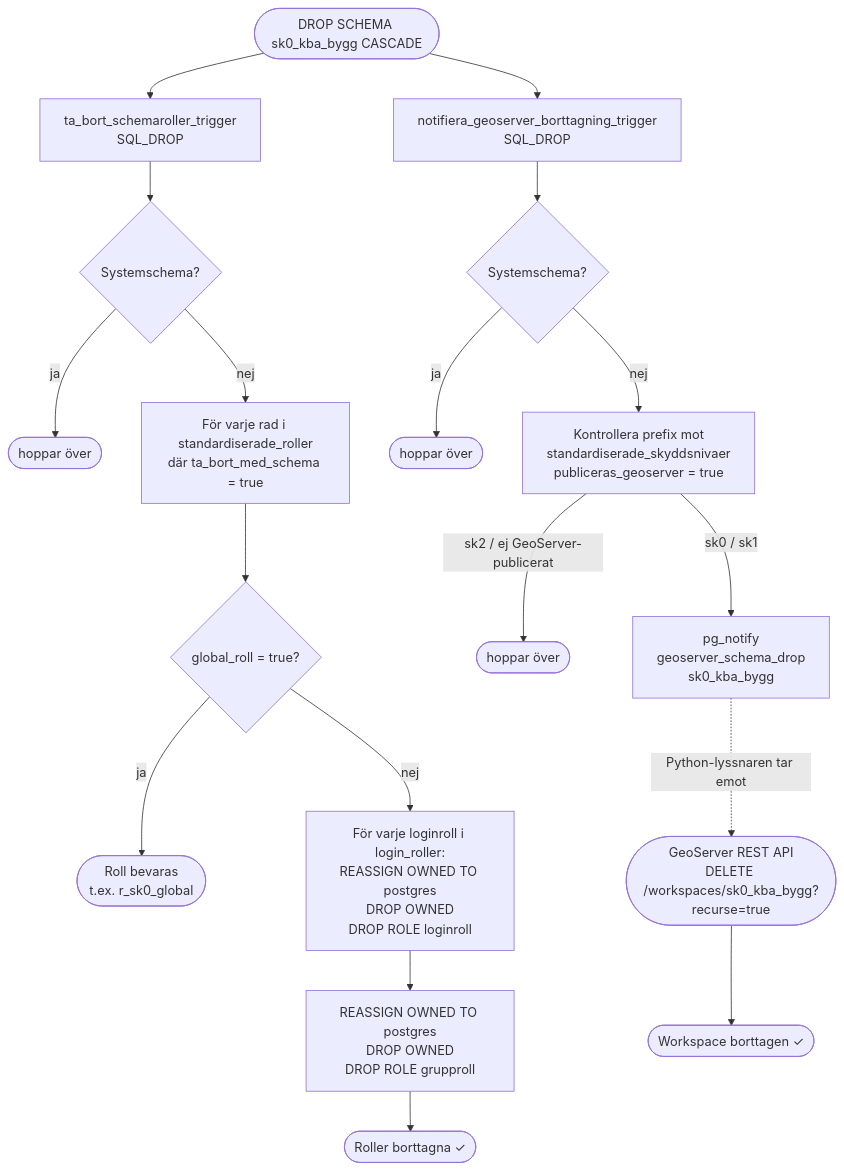
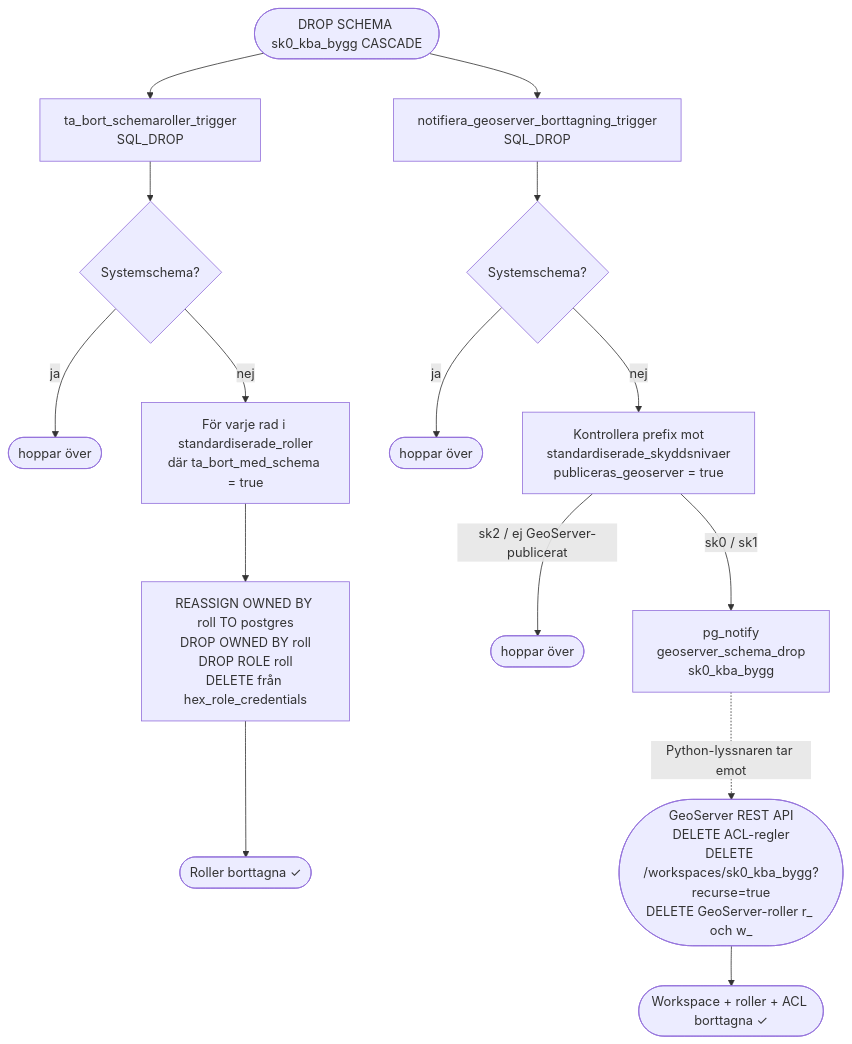
Before and after one commit to Geodata-Kungsbacka/Hex: the eighth of 9 diagrams in LOGIC_MAP.md, drawn with Mermaid. The commit also changed other lines of this file, not shown here.

````diff
--- a/LOGIC_MAP.md
+++ b/LOGIC_MAP.md
@@ -697,23 +700,20 @@
 ```mermaid
 flowchart TD
     START(["DROP SCHEMA sk0_kba_bygg CASCADE"])
     START --> TBS_T["ta_bort_schemaroller_trigger<br/>SQL_DROP"]
     START --> NGB_T["notifiera_geoserver_borttagning_trigger<br/>SQL_DROP"]
 
     TBS_T --> SYS{"Systemschema?"}
     SYS --> |ja| SKIP(["hoppar över"])
     SYS --> |nej| LOOP["För varje rad i standardiserade_roller<br/>där ta_bort_med_schema = true"]
-    LOOP --> GLOBAL{"global_roll = true?"}
-    GLOBAL --> |ja| KEEP(["Roll bevaras<br/>t.ex. r_sk0_global"])
-    GLOBAL --> |nej| LOGIN["För varje loginroll i login_roller:<br/>REASSIGN OWNED TO postgres<br/>DROP OWNED<br/>DROP ROLE loginroll"]
-    LOGIN --> GROUP["REASSIGN OWNED TO postgres<br/>DROP OWNED<br/>DROP ROLE grupproll"]
-    GROUP --> DONE_ROLES(["Roller borttagna ✓"])
+    LOOP --> DROPROL["REASSIGN OWNED BY roll TO postgres<br/>DROP OWNED BY roll<br/>DROP ROLE roll<br/>DELETE från hex_role_credentials"]
+    DROPROL --> DONE_ROLES(["Roller borttagna ✓"])
 
     NGB_T --> SYS2{"Systemschema?"}
     SYS2 --> |ja| SKIP2(["hoppar över"])
     SYS2 --> |nej| GS_CHK["Kontrollera prefix mot<br/>standardiserade_skyddsnivaer<br/>publiceras_geoserver = true"]
     GS_CHK --> |"sk2 / ej GeoServer-publicerat"| SKIP3(["hoppar över"])
     GS_CHK --> |"sk0 / sk1"| NOTIFY["pg_notify<br/>geoserver_schema_drop<br/>sk0_kba_bygg"]
-    NOTIFY -.->|"Python-lyssnaren tar emot"| GS(["GeoServer REST API<br/>DELETE /workspaces/sk0_kba_bygg?recurse=true"])
-    GS --> DONE_GS(["Workspace borttagen ✓"])
+    NOTIFY -.->|"Python-lyssnaren tar emot"| GS(["GeoServer REST API<br/>DELETE ACL-regler<br/>DELETE /workspaces/sk0_kba_bygg?recurse=true<br/>DELETE GeoServer-roller r_ och w_"])
+    GS --> DONE_GS(["Workspace + roller + ACL borttagna ✓"])
 ```
````
